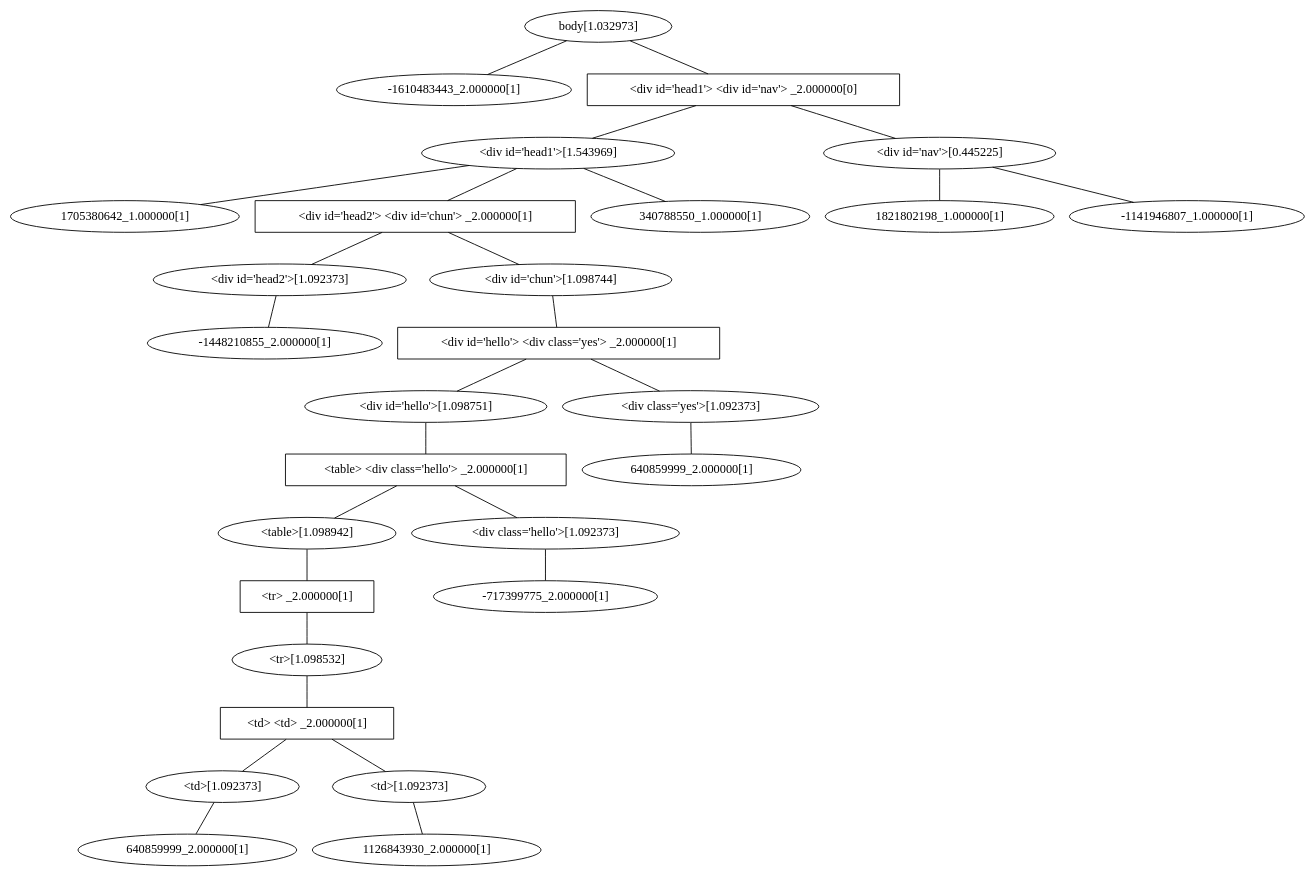
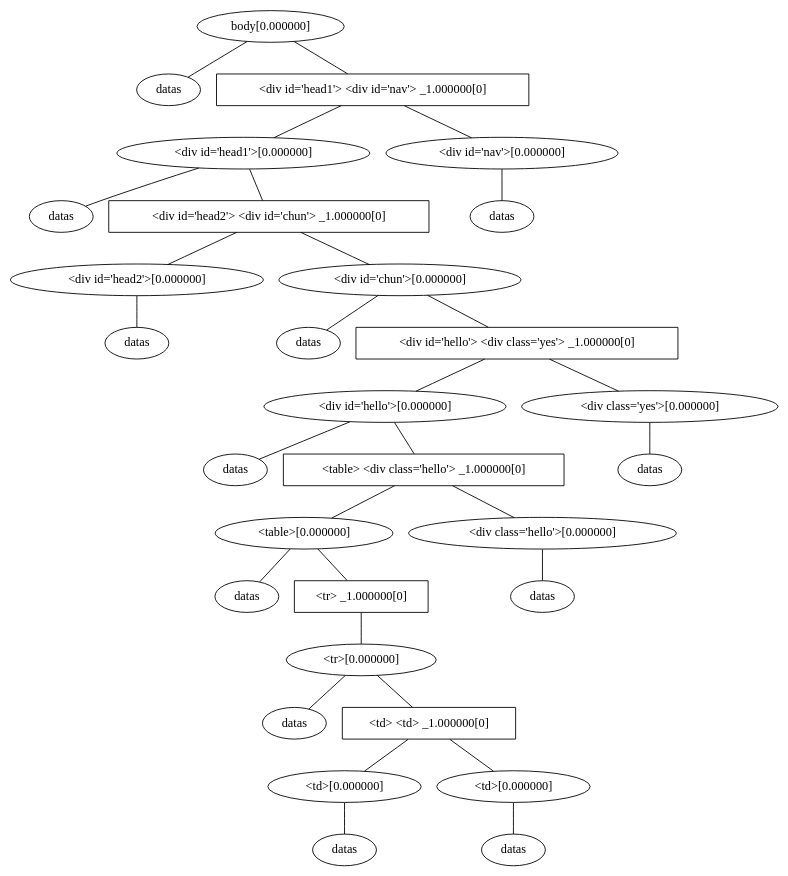
Before and after one commit to Superjomn/TDA: the diagram in pySST/sst/tem.dot, drawn with Graphviz. The commit also changed 14 other files, not shown here.

```diff
--- a/pySST/sst/tem.dot
+++ b/pySST/sst/tem.dot
@@ -1,57 +1,61 @@
 graph graphname {
-464261296 [label="body[1.032973]"]
-464261296 -- 1480363593;
-1480363593 [label="-1610483443_2.000000[1]"]
-464261296 -- 578517909;
-578517909 [label="<div id='head1'> <div id='nav'> _2.000000[0]", shape=box]
-578517909 -- 454113309;
-454113309 [label="<div id='head1'>[1.543969]"]
-454113309 -- -1351951883;
--1351951883 [label="1705380642_1.000000[1]"]
-454113309 -- -1193232674;
--1193232674 [label="<div id='head2'> <div id='chun'> _2.000000[1]", shape=box]
--1193232674 -- -1536890019;
--1536890019 [label="<div id='head2'>[1.092373]"]
--1536890019 -- 1836791745;
-1836791745 [label="-1448210855_2.000000[1]"]
--1193232674 -- 916532646;
-916532646 [label="<div id='chun'>[1.098744]"]
-916532646 -- -934846240;
--934846240 [label="<div id='hello'> <div class='yes'> _2.000000[1]", shape=box]
--934846240 -- 1937559238;
-1937559238 [label="<div id='hello'>[1.098751]"]
-1937559238 -- -780250818;
--780250818 [label="<table> <div class='hello'> _2.000000[1]", shape=box]
--780250818 -- 1251907946;
-1251907946 [label="<table>[1.098942]"]
-1251907946 -- -915204797;
--915204797 [label="<tr> _2.000000[1]", shape=box]
--915204797 -- -578616289;
--578616289 [label="<tr>[1.098532]"]
--578616289 -- 774677641;
-774677641 [label="<td> <td> _2.000000[1]", shape=box]
-774677641 -- 65749100;
-65749100 [label="<td>[1.092373]"]
-65749100 -- -1085329859;
--1085329859 [label="640859999_2.000000[1]"]
-774677641 -- 817129145;
-817129145 [label="<td>[1.092373]"]
-817129145 -- 1062900557;
-1062900557 [label="1126843930_2.000000[1]"]
--780250818 -- 1633436002;
-1633436002 [label="<div class='hello'>[1.092373]"]
-1633436002 -- -1947937668;
--1947937668 [label="-717399775_2.000000[1]"]
--934846240 -- -1395958334;
--1395958334 [label="<div class='yes'>[1.092373]"]
--1395958334 -- 2075118729;
-2075118729 [label="640859999_2.000000[1]"]
-454113309 -- -592653172;
--592653172 [label="340788550_1.000000[1]"]
-578517909 -- 1966311118;
-1966311118 [label="<div id='nav'>[0.445225]"]
-1966311118 -- -1341884369;
--1341884369 [label="1821802198_1.000000[1]"]
-1966311118 -- 1195387855;
-1195387855 [label="-1141946807_1.000000[1]"]
+-328494361 [label="body[0.000000]"]
+-328494361 -- 1088789117;
+1088789117 [label="datas"]
+-328494361 -- -2057038154;
+-2057038154 [label="<div id='head1'> <div id='nav'> _1.000000[0]", shape=box]
+-2057038154 -- 2029503484;
+2029503484 [label="<div id='head1'>[0.000000]"]
+2029503484 -- -2007557698;
+-2007557698 [label="datas"]
+2029503484 -- -516797086;
+-516797086 [label="<div id='head2'> <div id='chun'> _1.000000[0]", shape=box]
+-516797086 -- -1175022086;
+-1175022086 [label="<div id='head2'>[0.000000]"]
+-1175022086 -- -2044279807;
+-2044279807 [label="datas"]
+-516797086 -- 1629353182;
+1629353182 [label="<div id='chun'>[0.000000]"]
+1629353182 -- 974274712;
+974274712 [label="datas"]
+1629353182 -- 1212765498;
+1212765498 [label="<div id='hello'> <div class='yes'> _1.000000[0]", shape=box]
+1212765498 -- -138101656;
+-138101656 [label="<div id='hello'>[0.000000]"]
+-138101656 -- -1322899829;
+-1322899829 [label="datas"]
+-138101656 -- -929717320;
+-929717320 [label="<table> <div class='hello'> _1.000000[0]", shape=box]
+-929717320 -- 1017659222;
+1017659222 [label="<table>[0.000000]"]
+1017659222 -- -666832321;
+-666832321 [label="datas"]
+1017659222 -- 440760199;
+440760199 [label="<tr> _1.000000[0]", shape=box]
+440760199 -- -1118912156;
+-1118912156 [label="<tr>[0.000000]"]
+-1118912156 -- -1142323618;
+-1142323618 [label="datas"]
+-1118912156 -- -1046788993;
+-1046788993 [label="<td> <td> _1.000000[0]", shape=box]
+-1046788993 -- -241655199;
+-241655199 [label="<td>[0.000000]"]
+-241655199 -- 228265173;
+228265173 [label="datas"]
+-1046788993 -- 1954484782;
+1954484782 [label="<td>[0.000000]"]
+1954484782 -- -558427270;
+-558427270 [label="datas"]
+-929717320 -- 255757938;
+255757938 [label="<div class='hello'>[0.000000]"]
+255757938 -- 1780196301;
+1780196301 [label="datas"]
+1212765498 -- -409815983;
+-409815983 [label="<div class='yes'>[0.000000]"]
+-409815983 -- 1501307467;
+1501307467 [label="datas"]
+-2057038154 -- 168833326;
+168833326 [label="<div id='nav'>[0.000000]"]
+168833326 -- -553797774;
+-553797774 [label="datas"]
 }
```
